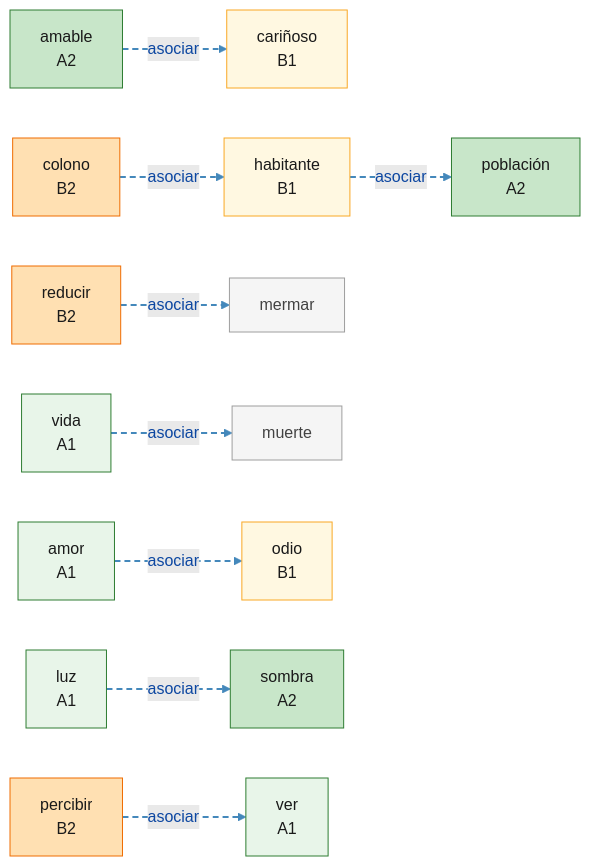
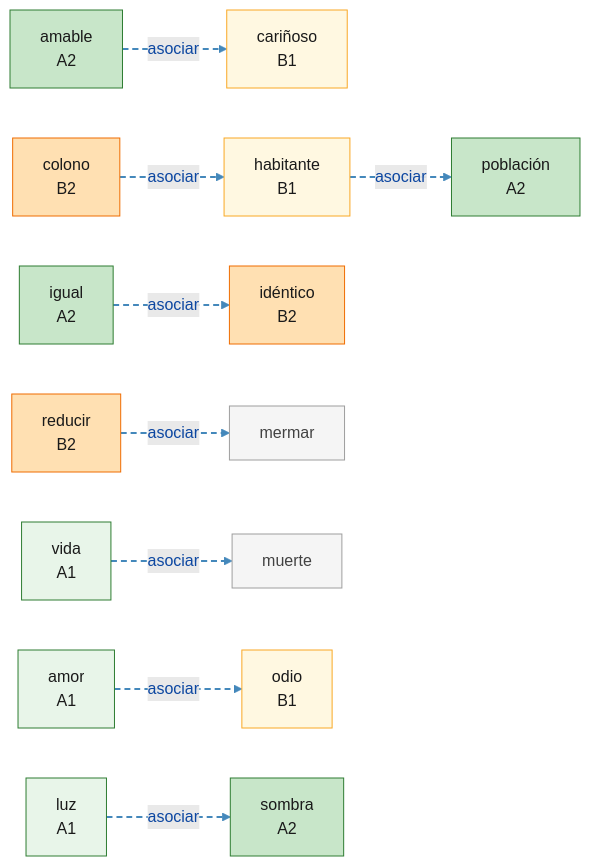
Before and after one commit to auding1900/es-raiz-vocab: the diagram in mindmaps/asociar_a-l-1-4.md, drawn with Mermaid. The commit also changed other lines of this file and 27 other files, not shown here.

First line of the commit message:
feat(data): 新增 C2 词根导图：aequ,equ,par,sim,id,homo,heter

````diff
--- a/mindmaps/asociar_a-l-1-4.md
+++ b/mindmaps/asociar_a-l-1-4.md
@@ -8,57 +8,57 @@
 ```mermaid
 graph LR
   W_amable["amable<br/>A2"]:::lvlA2
   W_amor["amor<br/>A1"]:::lvlA1
   W_carinoso["cariñoso<br/>B1"]:::lvlB1
   W_colono["colono<br/>B2"]:::lvlB2
   W_habitante["habitante<br/>B1"]:::lvlB1
+  W_identico["idéntico<br/>B2"]:::lvlB2
+  W_igual["igual<br/>A2"]:::lvlA2
   W_luz["luz<br/>A1"]:::lvlA1
   W_mermar["mermar"]:::lvlNA
   W_muerte["muerte"]:::lvlNA
   W_odio["odio<br/>B1"]:::lvlB1
-  W_percibir["percibir<br/>B2"]:::lvlB2
   W_poblacion["población<br/>A2"]:::lvlA2
   W_reducir["reducir<br/>B2"]:::lvlB2
   W_sombra["sombra<br/>A2"]:::lvlA2
-  W_ver["ver<br/>A1"]:::lvlA1
   W_vida["vida<br/>A1"]:::lvlA1
+  W_igual -.->|asociar| W_identico
   W_vida -.->|asociar| W_muerte
   W_luz -.->|asociar| W_sombra
   W_amor -.->|asociar| W_odio
   W_amable -.->|asociar| W_carinoso
   W_habitante -.->|asociar| W_poblacion
   W_colono -.->|asociar| W_habitante
   W_reducir -.->|asociar| W_mermar
-  W_percibir -.->|asociar| W_ver
   linkStyle 0 stroke:#4488bb,stroke-width:2px,stroke-dasharray:6 4
   linkStyle 1 stroke:#4488bb,stroke-width:2px,stroke-dasharray:6 4
   linkStyle 2 stroke:#4488bb,stroke-width:2px,stroke-dasharray:6 4
   linkStyle 3 stroke:#4488bb,stroke-width:2px,stroke-dasharray:6 4
   linkStyle 4 stroke:#4488bb,stroke-width:2px,stroke-dasharray:6 4
   linkStyle 5 stroke:#4488bb,stroke-width:2px,stroke-dasharray:6 4
   linkStyle 6 stroke:#4488bb,stroke-width:2px,stroke-dasharray:6 4
   linkStyle 7 stroke:#4488bb,stroke-width:2px,stroke-dasharray:6 4
   classDef root fill:#bbdefb,stroke:#1565c0,stroke-width:2px,color:#0d47a1
   classDef lvlA1 fill:#e8f5e9,stroke:#2e7d32,color:#1a1a1a
   classDef lvlA2 fill:#c8e6c9,stroke:#2e7d32,color:#1a1a1a
   classDef lvlB1 fill:#fff8e1,stroke:#f9a825,color:#1a1a1a
   classDef lvlB2 fill:#ffe0b2,stroke:#ef6c00,color:#1a1a1a
   classDef lvlC1 fill:#ffccbc,stroke:#d84315,color:#1a1a1a
   classDef lvlC2 fill:#ffcdd2,stroke:#b71c1c,color:#1a1a1a
   classDef lvlNA fill:#f5f5f5,stroke:#9e9e9e,color:#424242
   click W_amable "https://www.doubao.com/chat?q=%E8%A5%BF%E7%8F%AD%E7%89%99%E8%AF%ADamable%EF%BC%8C%E8%AF%8D%E6%A0%B9am%EF%BC%8C%E8%A7%A3%E9%87%8A%E8%AF%8D%E4%B9%89%E3%80%81DELE%E7%AD%89%E7%BA%A7%E3%80%81%E8%AF%AD%E4%BD%93%E3%80%81%E5%B8%B8%E7%94%A8%E6%90%AD%E9%85%8D%E3%80%81%E8%BF%91%E4%B9%89%E8%AF%8D%E8%BE%A8%E6%9E%90%EF%BC%8C%E5%B9%B6%E4%B8%94%E7%BB%992%E6%9D%A1%E6%9D%A5%E8%87%AA%E5%85%AC%E7%89%88%E8%A5%BF%E8%AF%AD%E6%96%87%E6%9C%AC%EF%BC%88Wikisource%2F%E5%8F%A4%E7%99%BB%E5%A0%A1%EF%BC%89%E7%9A%84%E8%87%AA%E7%84%B6%E4%BE%8B%E5%8F%A5%EF%BC%8C%E4%BE%8B%E5%8F%A5%E4%BC%98%E5%85%88%E9%80%89%E7%94%A8%E7%8E%B0%E4%BB%A3%E6%A0%87%E5%87%86%E8%A5%BF%E7%8F%AD%E7%89%99%E8%AF%AD%EF%BC%8C%E5%8F%A4%E4%BD%93%E4%BE%8B%E5%8F%A5%E6%A0%87%E6%B3%A8%E3%80%90arca%C3%ADsmo%E3%80%91" "豆包查询：amable" _blank
   click W_amor "https://www.doubao.com/chat?q=%E8%A5%BF%E7%8F%AD%E7%89%99%E8%AF%ADamor%EF%BC%8C%E8%AF%8D%E6%A0%B9am%EF%BC%8C%E8%A7%A3%E9%87%8A%E8%AF%8D%E4%B9%89%E3%80%81DELE%E7%AD%89%E7%BA%A7%E3%80%81%E8%AF%AD%E4%BD%93%E3%80%81%E5%B8%B8%E7%94%A8%E6%90%AD%E9%85%8D%E3%80%81%E8%BF%91%E4%B9%89%E8%AF%8D%E8%BE%A8%E6%9E%90%EF%BC%8C%E5%B9%B6%E4%B8%94%E7%BB%992%E6%9D%A1%E6%9D%A5%E8%87%AA%E5%85%AC%E7%89%88%E8%A5%BF%E8%AF%AD%E6%96%87%E6%9C%AC%EF%BC%88Wikisource%2F%E5%8F%A4%E7%99%BB%E5%A0%A1%EF%BC%89%E7%9A%84%E8%87%AA%E7%84%B6%E4%BE%8B%E5%8F%A5%EF%BC%8C%E4%BE%8B%E5%8F%A5%E4%BC%98%E5%85%88%E9%80%89%E7%94%A8%E7%8E%B0%E4%BB%A3%E6%A0%87%E5%87%86%E8%A5%BF%E7%8F%AD%E7%89%99%E8%AF%AD%EF%BC%8C%E5%8F%A4%E4%BD%93%E4%BE%8B%E5%8F%A5%E6%A0%87%E6%B3%A8%E3%80%90arca%C3%ADsmo%E3%80%91" "豆包查询：amor" _blank
   click W_carinoso "https://www.doubao.com/chat?q=%E8%A5%BF%E7%8F%AD%E7%89%99%E8%AF%ADcari%C3%B1oso%EF%BC%8C%E8%AF%8D%E6%A0%B9car%EF%BC%8C%E8%A7%A3%E9%87%8A%E8%AF%8D%E4%B9%89%E3%80%81DELE%E7%AD%89%E7%BA%A7%E3%80%81%E8%AF%AD%E4%BD%93%E3%80%81%E5%B8%B8%E7%94%A8%E6%90%AD%E9%85%8D%E3%80%81%E8%BF%91%E4%B9%89%E8%AF%8D%E8%BE%A8%E6%9E%90%EF%BC%8C%E5%B9%B6%E4%B8%94%E7%BB%992%E6%9D%A1%E6%9D%A5%E8%87%AA%E5%85%AC%E7%89%88%E8%A5%BF%E8%AF%AD%E6%96%87%E6%9C%AC%EF%BC%88Wikisource%2F%E5%8F%A4%E7%99%BB%E5%A0%A1%EF%BC%89%E7%9A%84%E8%87%AA%E7%84%B6%E4%BE%8B%E5%8F%A5%EF%BC%8C%E4%BE%8B%E5%8F%A5%E4%BC%98%E5%85%88%E9%80%89%E7%94%A8%E7%8E%B0%E4%BB%A3%E6%A0%87%E5%87%86%E8%A5%BF%E7%8F%AD%E7%89%99%E8%AF%AD%EF%BC%8C%E5%8F%A4%E4%BD%93%E4%BE%8B%E5%8F%A5%E6%A0%87%E6%B3%A8%E3%80%90arca%C3%ADsmo%E3%80%91" "豆包查询：cariñoso" _blank
   click W_colono "https://www.doubao.com/chat?q=%E8%A5%BF%E7%8F%AD%E7%89%99%E8%AF%ADcolono%EF%BC%8C%E8%AF%8D%E6%A0%B9col%EF%BC%8C%E8%A7%A3%E9%87%8A%E8%AF%8D%E4%B9%89%E3%80%81DELE%E7%AD%89%E7%BA%A7%E3%80%81%E8%AF%AD%E4%BD%93%E3%80%81%E5%B8%B8%E7%94%A8%E6%90%AD%E9%85%8D%E3%80%81%E8%BF%91%E4%B9%89%E8%AF%8D%E8%BE%A8%E6%9E%90%EF%BC%8C%E5%B9%B6%E4%B8%94%E7%BB%992%E6%9D%A1%E6%9D%A5%E8%87%AA%E5%85%AC%E7%89%88%E8%A5%BF%E8%AF%AD%E6%96%87%E6%9C%AC%EF%BC%88Wikisource%2F%E5%8F%A4%E7%99%BB%E5%A0%A1%EF%BC%89%E7%9A%84%E8%87%AA%E7%84%B6%E4%BE%8B%E5%8F%A5%EF%BC%8C%E4%BE%8B%E5%8F%A5%E4%BC%98%E5%85%88%E9%80%89%E7%94%A8%E7%8E%B0%E4%BB%A3%E6%A0%87%E5%87%86%E8%A5%BF%E7%8F%AD%E7%89%99%E8%AF%AD%EF%BC%8C%E5%8F%A4%E4%BD%93%E4%BE%8B%E5%8F%A5%E6%A0%87%E6%B3%A8%E3%80%90arca%C3%ADsmo%E3%80%91" "豆包查询：colono" _blank
   click W_habitante "https://www.doubao.com/chat?q=%E8%A5%BF%E7%8F%AD%E7%89%99%E8%AF%ADhabitante%EF%BC%8C%E8%AF%8D%E6%A0%B9habit%EF%BC%8C%E8%A7%A3%E9%87%8A%E8%AF%8D%E4%B9%89%E3%80%81DELE%E7%AD%89%E7%BA%A7%E3%80%81%E8%AF%AD%E4%BD%93%E3%80%81%E5%B8%B8%E7%94%A8%E6%90%AD%E9%85%8D%E3%80%81%E8%BF%91%E4%B9%89%E8%AF%8D%E8%BE%A8%E6%9E%90%EF%BC%8C%E5%B9%B6%E4%B8%94%E7%BB%992%E6%9D%A1%E6%9D%A5%E8%87%AA%E5%85%AC%E7%89%88%E8%A5%BF%E8%AF%AD%E6%96%87%E6%9C%AC%EF%BC%88Wikisource%2F%E5%8F%A4%E7%99%BB%E5%A0%A1%EF%BC%89%E7%9A%84%E8%87%AA%E7%84%B6%E4%BE%8B%E5%8F%A5%EF%BC%8C%E4%BE%8B%E5%8F%A5%E4%BC%98%E5%85%88%E9%80%89%E7%94%A8%E7%8E%B0%E4%BB%A3%E6%A0%87%E5%87%86%E8%A5%BF%E7%8F%AD%E7%89%99%E8%AF%AD%EF%BC%8C%E5%8F%A4%E4%BD%93%E4%BE%8B%E5%8F%A5%E6%A0%87%E6%B3%A8%E3%80%90arca%C3%ADsmo%E3%80%91" "豆包查询：habitante" _blank
+  click W_identico "https://www.doubao.com/chat?q=%E8%A5%BF%E7%8F%AD%E7%89%99%E8%AF%ADid%C3%A9ntico%EF%BC%8C%E8%AF%8D%E6%A0%B9id%EF%BC%8C%E8%A7%A3%E9%87%8A%E8%AF%8D%E4%B9%89%E3%80%81DELE%E7%AD%89%E7%BA%A7%E3%80%81%E8%AF%AD%E4%BD%93%E3%80%81%E5%B8%B8%E7%94%A8%E6%90%AD%E9%85%8D%E3%80%81%E8%BF%91%E4%B9%89%E8%AF%8D%E8%BE%A8%E6%9E%90%EF%BC%8C%E5%B9%B6%E4%B8%94%E7%BB%992%E6%9D%A1%E6%9D%A5%E8%87%AA%E5%85%AC%E7%89%88%E8%A5%BF%E8%AF%AD%E6%96%87%E6%9C%AC%EF%BC%88Wikisource%2F%E5%8F%A4%E7%99%BB%E5%A0%A1%EF%BC%89%E7%9A%84%E8%87%AA%E7%84%B6%E4%BE%8B%E5%8F%A5%EF%BC%8C%E4%BE%8B%E5%8F%A5%E4%BC%98%E5%85%88%E9%80%89%E7%94%A8%E7%8E%B0%E4%BB%A3%E6%A0%87%E5%87%86%E8%A5%BF%E7%8F%AD%E7%89%99%E8%AF%AD%EF%BC%8C%E5%8F%A4%E4%BD%93%E4%BE%8B%E5%8F%A5%E6%A0%87%E6%B3%A8%E3%80%90arca%C3%ADsmo%E3%80%91" "豆包查询：idéntico" _blank
+  click W_igual "https://www.doubao.com/chat?q=%E8%A5%BF%E7%8F%AD%E7%89%99%E8%AF%ADigual%EF%BC%8C%E8%AF%8D%E6%A0%B9aequ%EF%BC%8C%E8%A7%A3%E9%87%8A%E8%AF%8D%E4%B9%89%E3%80%81DELE%E7%AD%89%E7%BA%A7%E3%80%81%E8%AF%AD%E4%BD%93%E3%80%81%E5%B8%B8%E7%94%A8%E6%90%AD%E9%85%8D%E3%80%81%E8%BF%91%E4%B9%89%E8%AF%8D%E8%BE%A8%E6%9E%90%EF%BC%8C%E5%B9%B6%E4%B8%94%E7%BB%992%E6%9D%A1%E6%9D%A5%E8%87%AA%E5%85%AC%E7%89%88%E8%A5%BF%E8%AF%AD%E6%96%87%E6%9C%AC%EF%BC%88Wikisource%2F%E5%8F%A4%E7%99%BB%E5%A0%A1%EF%BC%89%E7%9A%84%E8%87%AA%E7%84%B6%E4%BE%8B%E5%8F%A5%EF%BC%8C%E4%BE%8B%E5%8F%A5%E4%BC%98%E5%85%88%E9%80%89%E7%94%A8%E7%8E%B0%E4%BB%A3%E6%A0%87%E5%87%86%E8%A5%BF%E7%8F%AD%E7%89%99%E8%AF%AD%EF%BC%8C%E5%8F%A4%E4%BD%93%E4%BE%8B%E5%8F%A5%E6%A0%87%E6%B3%A8%E3%80%90arca%C3%ADsmo%E3%80%91" "豆包查询：igual" _blank
   click W_luz "https://www.doubao.com/chat?q=%E8%A5%BF%E7%8F%AD%E7%89%99%E8%AF%ADluz%EF%BC%8C%E8%AF%8D%E6%A0%B9luc%EF%BC%8C%E8%A7%A3%E9%87%8A%E8%AF%8D%E4%B9%89%E3%80%81DELE%E7%AD%89%E7%BA%A7%E3%80%81%E8%AF%AD%E4%BD%93%E3%80%81%E5%B8%B8%E7%94%A8%E6%90%AD%E9%85%8D%E3%80%81%E8%BF%91%E4%B9%89%E8%AF%8D%E8%BE%A8%E6%9E%90%EF%BC%8C%E5%B9%B6%E4%B8%94%E7%BB%992%E6%9D%A1%E6%9D%A5%E8%87%AA%E5%85%AC%E7%89%88%E8%A5%BF%E8%AF%AD%E6%96%87%E6%9C%AC%EF%BC%88Wikisource%2F%E5%8F%A4%E7%99%BB%E5%A0%A1%EF%BC%89%E7%9A%84%E8%87%AA%E7%84%B6%E4%BE%8B%E5%8F%A5%EF%BC%8C%E4%BE%8B%E5%8F%A5%E4%BC%98%E5%85%88%E9%80%89%E7%94%A8%E7%8E%B0%E4%BB%A3%E6%A0%87%E5%87%86%E8%A5%BF%E7%8F%AD%E7%89%99%E8%AF%AD%EF%BC%8C%E5%8F%A4%E4%BD%93%E4%BE%8B%E5%8F%A5%E6%A0%87%E6%B3%A8%E3%80%90arca%C3%ADsmo%E3%80%91" "豆包查询：luz" _blank
   click W_mermar "https://www.doubao.com/chat?q=%E8%A5%BF%E7%8F%AD%E7%89%99%E8%AF%ADmermar%EF%BC%8C%E8%A7%A3%E9%87%8A%E8%AF%8D%E4%B9%89%E3%80%81DELE%E7%AD%89%E7%BA%A7%E3%80%81%E8%AF%AD%E4%BD%93%E3%80%81%E5%B8%B8%E7%94%A8%E6%90%AD%E9%85%8D%E3%80%81%E8%BF%91%E4%B9%89%E8%AF%8D%E8%BE%A8%E6%9E%90%EF%BC%8C%E5%B9%B6%E4%B8%94%E7%BB%992%E6%9D%A1%E6%9D%A5%E8%87%AA%E5%85%AC%E7%89%88%E8%A5%BF%E8%AF%AD%E6%96%87%E6%9C%AC%EF%BC%88Wikisource%2F%E5%8F%A4%E7%99%BB%E5%A0%A1%EF%BC%89%E7%9A%84%E8%87%AA%E7%84%B6%E4%BE%8B%E5%8F%A5%EF%BC%8C%E4%BE%8B%E5%8F%A5%E4%BC%98%E5%85%88%E9%80%89%E7%94%A8%E7%8E%B0%E4%BB%A3%E6%A0%87%E5%87%86%E8%A5%BF%E7%8F%AD%E7%89%99%E8%AF%AD%EF%BC%8C%E5%8F%A4%E4%BD%93%E4%BE%8B%E5%8F%A5%E6%A0%87%E6%B3%A8%E3%80%90arca%C3%ADsmo%E3%80%91" "豆包查询：mermar" _blank
   click W_muerte "https://www.doubao.com/chat?q=%E8%A5%BF%E7%8F%AD%E7%89%99%E8%AF%ADmuerte%EF%BC%8C%E8%A7%A3%E9%87%8A%E8%AF%8D%E4%B9%89%E3%80%81DELE%E7%AD%89%E7%BA%A7%E3%80%81%E8%AF%AD%E4%BD%93%E3%80%81%E5%B8%B8%E7%94%A8%E6%90%AD%E9%85%8D%E3%80%81%E8%BF%91%E4%B9%89%E8%AF%8D%E8%BE%A8%E6%9E%90%EF%BC%8C%E5%B9%B6%E4%B8%94%E7%BB%992%E6%9D%A1%E6%9D%A5%E8%87%AA%E5%85%AC%E7%89%88%E8%A5%BF%E8%AF%AD%E6%96%87%E6%9C%AC%EF%BC%88Wikisource%2F%E5%8F%A4%E7%99%BB%E5%A0%A1%EF%BC%89%E7%9A%84%E8%87%AA%E7%84%B6%E4%BE%8B%E5%8F%A5%EF%BC%8C%E4%BE%8B%E5%8F%A5%E4%BC%98%E5%85%88%E9%80%89%E7%94%A8%E7%8E%B0%E4%BB%A3%E6%A0%87%E5%87%86%E8%A5%BF%E7%8F%AD%E7%89%99%E8%AF%AD%EF%BC%8C%E5%8F%A4%E4%BD%93%E4%BE%8B%E5%8F%A5%E6%A0%87%E6%B3%A8%E3%80%90arca%C3%ADsmo%E3%80%91" "豆包查询：muerte" _blank
   click W_odio "https://www.doubao.com/chat?q=%E8%A5%BF%E7%8F%AD%E7%89%99%E8%AF%ADodio%EF%BC%8C%E8%AF%8D%E6%A0%B9od%EF%BC%8C%E8%A7%A3%E9%87%8A%E8%AF%8D%E4%B9%89%E3%80%81DELE%E7%AD%89%E7%BA%A7%E3%80%81%E8%AF%AD%E4%BD%93%E3%80%81%E5%B8%B8%E7%94%A8%E6%90%AD%E9%85%8D%E3%80%81%E8%BF%91%E4%B9%89%E8%AF%8D%E8%BE%A8%E6%9E%90%EF%BC%8C%E5%B9%B6%E4%B8%94%E7%BB%992%E6%9D%A1%E6%9D%A5%E8%87%AA%E5%85%AC%E7%89%88%E8%A5%BF%E8%AF%AD%E6%96%87%E6%9C%AC%EF%BC%88Wikisource%2F%E5%8F%A4%E7%99%BB%E5%A0%A1%EF%BC%89%E7%9A%84%E8%87%AA%E7%84%B6%E4%BE%8B%E5%8F%A5%EF%BC%8C%E4%BE%8B%E5%8F%A5%E4%BC%98%E5%85%88%E9%80%89%E7%94%A8%E7%8E%B0%E4%BB%A3%E6%A0%87%E5%87%86%E8%A5%BF%E7%8F%AD%E7%89%99%E8%AF%AD%EF%BC%8C%E5%8F%A4%E4%BD%93%E4%BE%8B%E5%8F%A5%E6%A0%87%E6%B3%A8%E3%80%90arca%C3%ADsmo%E3%80%91" "豆包查询：odio" _blank
-  click W_percibir "https://www.doubao.com/chat?q=%E8%A5%BF%E7%8F%AD%E7%89%99%E8%AF%ADpercibir%EF%BC%8C%E8%AF%8D%E6%A0%B9cap%EF%BC%8C%E8%A7%A3%E9%87%8A%E8%AF%8D%E4%B9%89%E3%80%81DELE%E7%AD%89%E7%BA%A7%E3%80%81%E8%AF%AD%E4%BD%93%E3%80%81%E5%B8%B8%E7%94%A8%E6%90%AD%E9%85%8D%E3%80%81%E8%BF%91%E4%B9%89%E8%AF%8D%E8%BE%A8%E6%9E%90%EF%BC%8C%E5%B9%B6%E4%B8%94%E7%BB%992%E6%9D%A1%E6%9D%A5%E8%87%AA%E5%85%AC%E7%89%88%E8%A5%BF%E8%AF%AD%E6%96%87%E6%9C%AC%EF%BC%88Wikisource%2F%E5%8F%A4%E7%99%BB%E5%A0%A1%EF%BC%89%E7%9A%84%E8%87%AA%E7%84%B6%E4%BE%8B%E5%8F%A5%EF%BC%8C%E4%BE%8B%E5%8F%A5%E4%BC%98%E5%85%88%E9%80%89%E7%94%A8%E7%8E%B0%E4%BB%A3%E6%A0%87%E5%87%86%E8%A5%BF%E7%8F%AD%E7%89%99%E8%AF%AD%EF%BC%8C%E5%8F%A4%E4%BD%93%E4%BE%8B%E5%8F%A5%E6%A0%87%E6%B3%A8%E3%80%90arca%C3%ADsmo%E3%80%91" "豆包查询：percibir" _blank
   click W_poblacion "https://www.doubao.com/chat?q=%E8%A5%BF%E7%8F%AD%E7%89%99%E8%AF%ADpoblaci%C3%B3n%EF%BC%8C%E8%AF%8D%E6%A0%B9pop%EF%BC%8C%E8%A7%A3%E9%87%8A%E8%AF%8D%E4%B9%89%E3%80%81DELE%E7%AD%89%E7%BA%A7%E3%80%81%E8%AF%AD%E4%BD%93%E3%80%81%E5%B8%B8%E7%94%A8%E6%90%AD%E9%85%8D%E3%80%81%E8%BF%91%E4%B9%89%E8%AF%8D%E8%BE%A8%E6%9E%90%EF%BC%8C%E5%B9%B6%E4%B8%94%E7%BB%992%E6%9D%A1%E6%9D%A5%E8%87%AA%E5%85%AC%E7%89%88%E8%A5%BF%E8%AF%AD%E6%96%87%E6%9C%AC%EF%BC%88Wikisource%2F%E5%8F%A4%E7%99%BB%E5%A0%A1%EF%BC%89%E7%9A%84%E8%87%AA%E7%84%B6%E4%BE%8B%E5%8F%A5%EF%BC%8C%E4%BE%8B%E5%8F%A5%E4%BC%98%E5%85%88%E9%80%89%E7%94%A8%E7%8E%B0%E4%BB%A3%E6%A0%87%E5%87%86%E8%A5%BF%E7%8F%AD%E7%89%99%E8%AF%AD%EF%BC%8C%E5%8F%A4%E4%BD%93%E4%BE%8B%E5%8F%A5%E6%A0%87%E6%B3%A8%E3%80%90arca%C3%ADsmo%E3%80%91" "豆包查询：población" _blank
   click W_reducir "https://www.doubao.com/chat?q=%E8%A5%BF%E7%8F%AD%E7%89%99%E8%AF%ADreducir%EF%BC%8C%E8%AF%8D%E6%A0%B9duc%EF%BC%8C%E8%A7%A3%E9%87%8A%E8%AF%8D%E4%B9%89%E3%80%81DELE%E7%AD%89%E7%BA%A7%E3%80%81%E8%AF%AD%E4%BD%93%E3%80%81%E5%B8%B8%E7%94%A8%E6%90%AD%E9%85%8D%E3%80%81%E8%BF%91%E4%B9%89%E8%AF%8D%E8%BE%A8%E6%9E%90%EF%BC%8C%E5%B9%B6%E4%B8%94%E7%BB%992%E6%9D%A1%E6%9D%A5%E8%87%AA%E5%85%AC%E7%89%88%E8%A5%BF%E8%AF%AD%E6%96%87%E6%9C%AC%EF%BC%88Wikisource%2F%E5%8F%A4%E7%99%BB%E5%A0%A1%EF%BC%89%E7%9A%84%E8%87%AA%E7%84%B6%E4%BE%8B%E5%8F%A5%EF%BC%8C%E4%BE%8B%E5%8F%A5%E4%BC%98%E5%85%88%E9%80%89%E7%94%A8%E7%8E%B0%E4%BB%A3%E6%A0%87%E5%87%86%E8%A5%BF%E7%8F%AD%E7%89%99%E8%AF%AD%EF%BC%8C%E5%8F%A4%E4%BD%93%E4%BE%8B%E5%8F%A5%E6%A0%87%E6%B3%A8%E3%80%90arca%C3%ADsmo%E3%80%91" "豆包查询：reducir" _blank
   click W_sombra "https://www.doubao.com/chat?q=%E8%A5%BF%E7%8F%AD%E7%89%99%E8%AF%ADsombra%EF%BC%8C%E8%AF%8D%E6%A0%B9umbr%EF%BC%8C%E8%A7%A3%E9%87%8A%E8%AF%8D%E4%B9%89%E3%80%81DELE%E7%AD%89%E7%BA%A7%E3%80%81%E8%AF%AD%E4%BD%93%E3%80%81%E5%B8%B8%E7%94%A8%E6%90%AD%E9%85%8D%E3%80%81%E8%BF%91%E4%B9%89%E8%AF%8D%E8%BE%A8%E6%9E%90%EF%BC%8C%E5%B9%B6%E4%B8%94%E7%BB%992%E6%9D%A1%E6%9D%A5%E8%87%AA%E5%85%AC%E7%89%88%E8%A5%BF%E8%AF%AD%E6%96%87%E6%9C%AC%EF%BC%88Wikisource%2F%E5%8F%A4%E7%99%BB%E5%A0%A1%EF%BC%89%E7%9A%84%E8%87%AA%E7%84%B6%E4%BE%8B%E5%8F%A5%EF%BC%8C%E4%BE%8B%E5%8F%A5%E4%BC%98%E5%85%88%E9%80%89%E7%94%A8%E7%8E%B0%E4%BB%A3%E6%A0%87%E5%87%86%E8%A5%BF%E7%8F%AD%E7%89%99%E8%AF%AD%EF%BC%8C%E5%8F%A4%E4%BD%93%E4%BE%8B%E5%8F%A5%E6%A0%87%E6%B3%A8%E3%80%90arca%C3%ADsmo%E3%80%91" "豆包查询：sombra" _blank
-  click W_ver "https://www.doubao.com/chat?q=%E8%A5%BF%E7%8F%AD%E7%89%99%E8%AF%ADver%EF%BC%8C%E8%AF%8D%E6%A0%B9vid%EF%BC%8C%E8%A7%A3%E9%87%8A%E8%AF%8D%E4%B9%89%E3%80%81DELE%E7%AD%89%E7%BA%A7%E3%80%81%E8%AF%AD%E4%BD%93%E3%80%81%E5%B8%B8%E7%94%A8%E6%90%AD%E9%85%8D%E3%80%81%E8%BF%91%E4%B9%89%E8%AF%8D%E8%BE%A8%E6%9E%90%EF%BC%8C%E5%B9%B6%E4%B8%94%E7%BB%992%E6%9D%A1%E6%9D%A5%E8%87%AA%E5%85%AC%E7%89%88%E8%A5%BF%E8%AF%AD%E6%96%87%E6%9C%AC%EF%BC%88Wikisource%2F%E5%8F%A4%E7%99%BB%E5%A0%A1%EF%BC%89%E7%9A%84%E8%87%AA%E7%84%B6%E4%BE%8B%E5%8F%A5%EF%BC%8C%E4%BE%8B%E5%8F%A5%E4%BC%98%E5%85%88%E9%80%89%E7%94%A8%E7%8E%B0%E4%BB%A3%E6%A0%87%E5%87%86%E8%A5%BF%E7%8F%AD%E7%89%99%E8%AF%AD%EF%BC%8C%E5%8F%A4%E4%BD%93%E4%BE%8B%E5%8F%A5%E6%A0%87%E6%B3%A8%E3%80%90arca%C3%ADsmo%E3%80%91" "豆包查询：ver" _blank
   click W_vida "https://www.doubao.com/chat?q=%E8%A5%BF%E7%8F%AD%E7%89%99%E8%AF%ADvida%EF%BC%8C%E8%AF%8D%E6%A0%B9bio%EF%BC%8C%E8%A7%A3%E9%87%8A%E8%AF%8D%E4%B9%89%E3%80%81DELE%E7%AD%89%E7%BA%A7%E3%80%81%E8%AF%AD%E4%BD%93%E3%80%81%E5%B8%B8%E7%94%A8%E6%90%AD%E9%85%8D%E3%80%81%E8%BF%91%E4%B9%89%E8%AF%8D%E8%BE%A8%E6%9E%90%EF%BC%8C%E5%B9%B6%E4%B8%94%E7%BB%992%E6%9D%A1%E6%9D%A5%E8%87%AA%E5%85%AC%E7%89%88%E8%A5%BF%E8%AF%AD%E6%96%87%E6%9C%AC%EF%BC%88Wikisource%2F%E5%8F%A4%E7%99%BB%E5%A0%A1%EF%BC%89%E7%9A%84%E8%87%AA%E7%84%B6%E4%BE%8B%E5%8F%A5%EF%BC%8C%E4%BE%8B%E5%8F%A5%E4%BC%98%E5%85%88%E9%80%89%E7%94%A8%E7%8E%B0%E4%BB%A3%E6%A0%87%E5%87%86%E8%A5%BF%E7%8F%AD%E7%89%99%E8%AF%AD%EF%BC%8C%E5%8F%A4%E4%BD%93%E4%BE%8B%E5%8F%A5%E6%A0%87%E6%B3%A8%E3%80%90arca%C3%ADsmo%E3%80%91" "豆包查询：vida" _blank
 ```
````
